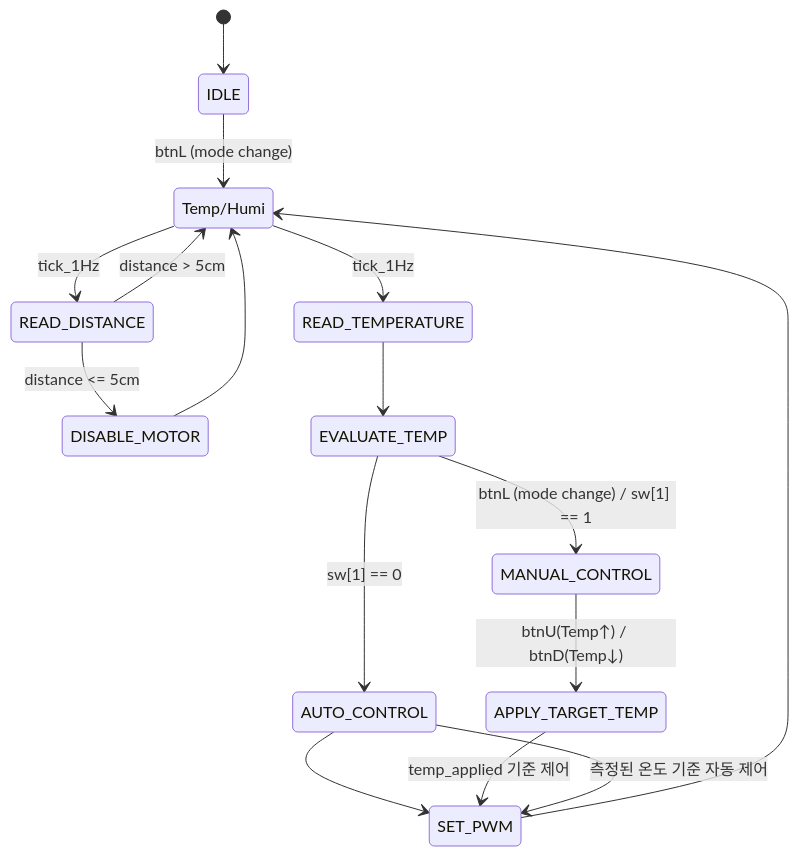
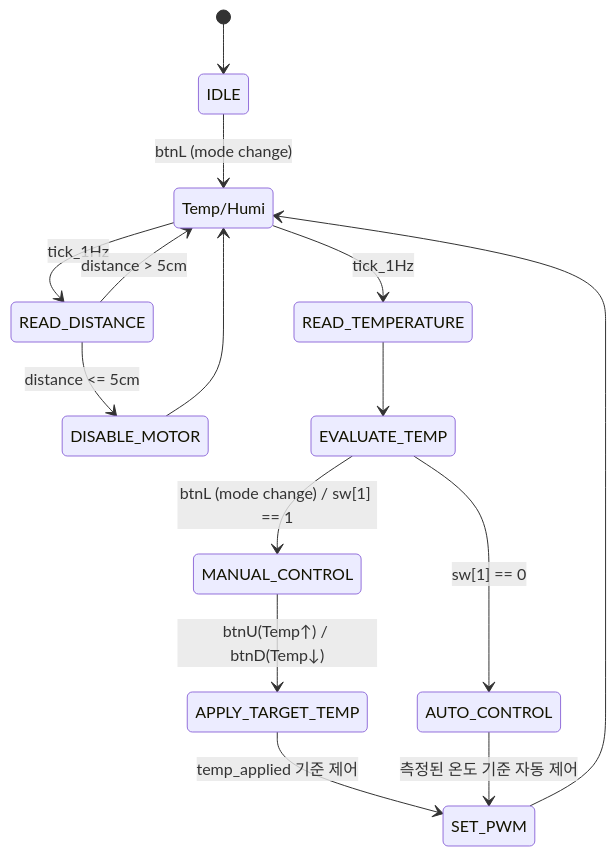
One commit to SE0NGH0/AI_Verilog_HDL changed the third of 5 diagrams in 15.BESPOKE/README.md. Above: the diagram before and after it, drawn with Mermaid.

````diff
--- a/15.BESPOKE/README.md
+++ b/15.BESPOKE/README.md
@@ -94,18 +94,17 @@
 ```mermaid
 stateDiagram-v2
     [*] --> IDLE
     IDLE --> Temp/Humi: btnL (mode change)
     Temp/Humi --> READ_DISTANCE: tick_1Hz
     Temp/Humi --> READ_TEMPERATURE: tick_1Hz
     READ_DISTANCE --> DISABLE_MOTOR: distance <= 5cm
     READ_DISTANCE --> Temp/Humi: distance > 5cm
     READ_TEMPERATURE --> EVALUATE_TEMP
     EVALUATE_TEMP --> MANUAL_CONTROL: btnL (mode change) / sw[1] == 1
-    AUTO_CONTROL --> SET_PWM
     MANUAL_CONTROL --> APPLY_TARGET_TEMP: btnU(Temp↑) / btnD(Temp↓)
     APPLY_TARGET_TEMP --> SET_PWM: temp_applied 기준 제어
     EVALUATE_TEMP --> AUTO_CONTROL: sw[1] == 0
     AUTO_CONTROL --> SET_PWM: 측정된 온도 기준 자동 제어
     SET_PWM --> Temp/Humi
     DISABLE_MOTOR --> Temp/Humi
 ```
````
